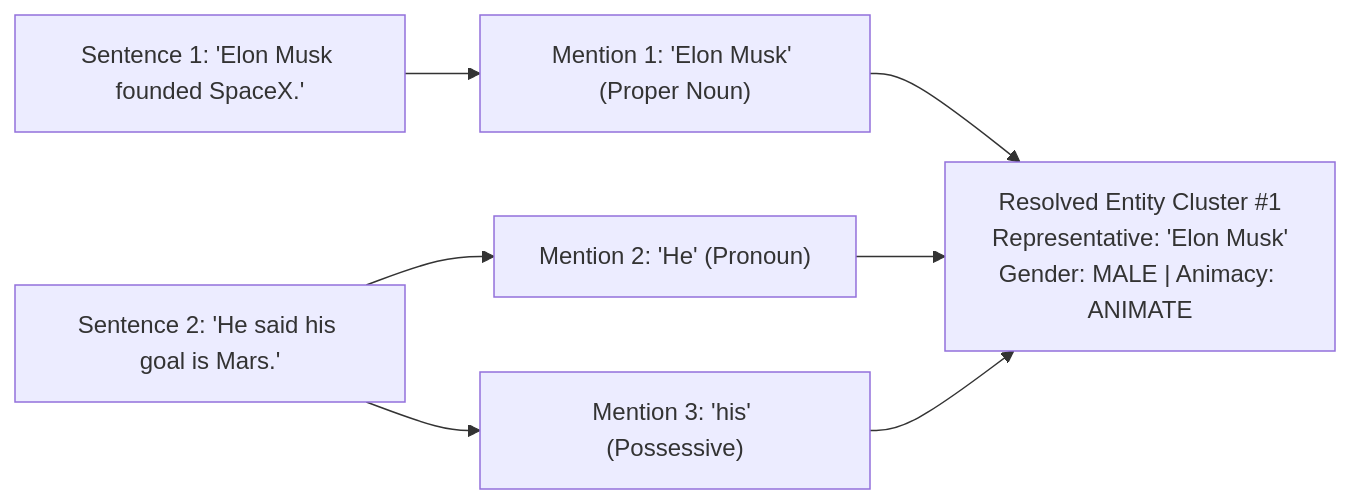
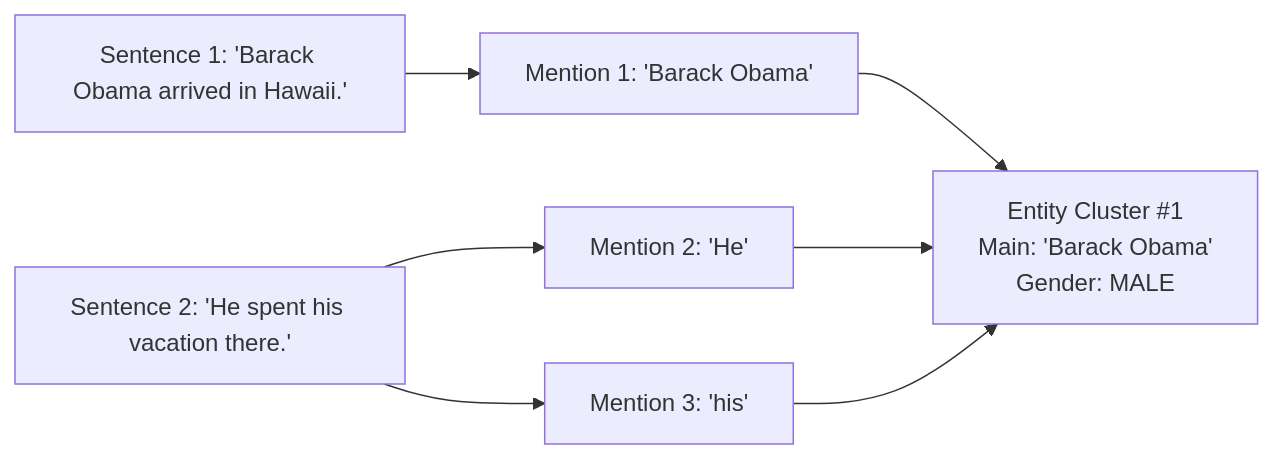
The fourth of 5 diagrams in README.md (Shaik673/Textra), drawn with Mermaid before and after one commit. The commit also changed other lines of this file, not shown here.

Commit message:
docs: streamline README with simplified human-written explanations and modern visual architecture flowcharts

````diff
--- a/README.md
+++ b/README.md
@@ -748,16 +344,16 @@
 ```mermaid
 flowchart LR
-  S1["Sentence 1: 'Elon Musk founded SpaceX.'"]
-  S2["Sentence 2: 'He said his goal is Mars.'"]
+  S1["Sentence 1: 'Barack Obama arrived in Hawaii.'"]
+  S2["Sentence 2: 'He spent his vacation there.'"]
 
-  M1["Mention 1: 'Elon Musk' (Proper Noun)"]
-  M2["Mention 2: 'He' (Pronoun)"]
-  M3["Mention 3: 'his' (Possessive)"]
+  M1["Mention 1: 'Barack Obama'"]
+  M2["Mention 2: 'He'"]
+  M3["Mention 3: 'his'"]
 
   S1 --> M1
   S2 --> M2 & M3
 
-  M1 --> Cluster["Resolved Entity Cluster #1<br/>Representative: 'Elon Musk'<br/>Gender: MALE | Animacy: ANIMATE"]
+  M1 --> Cluster["Entity Cluster #1<br/>Main: 'Barack Obama'<br/>Gender: MALE"]
   M2 --> Cluster
   M3 --> Cluster
 ```
````
